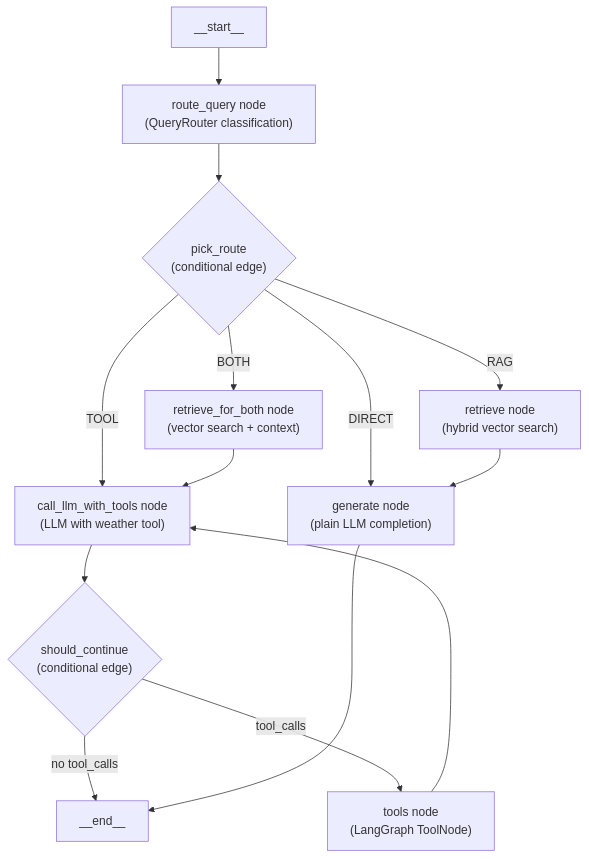
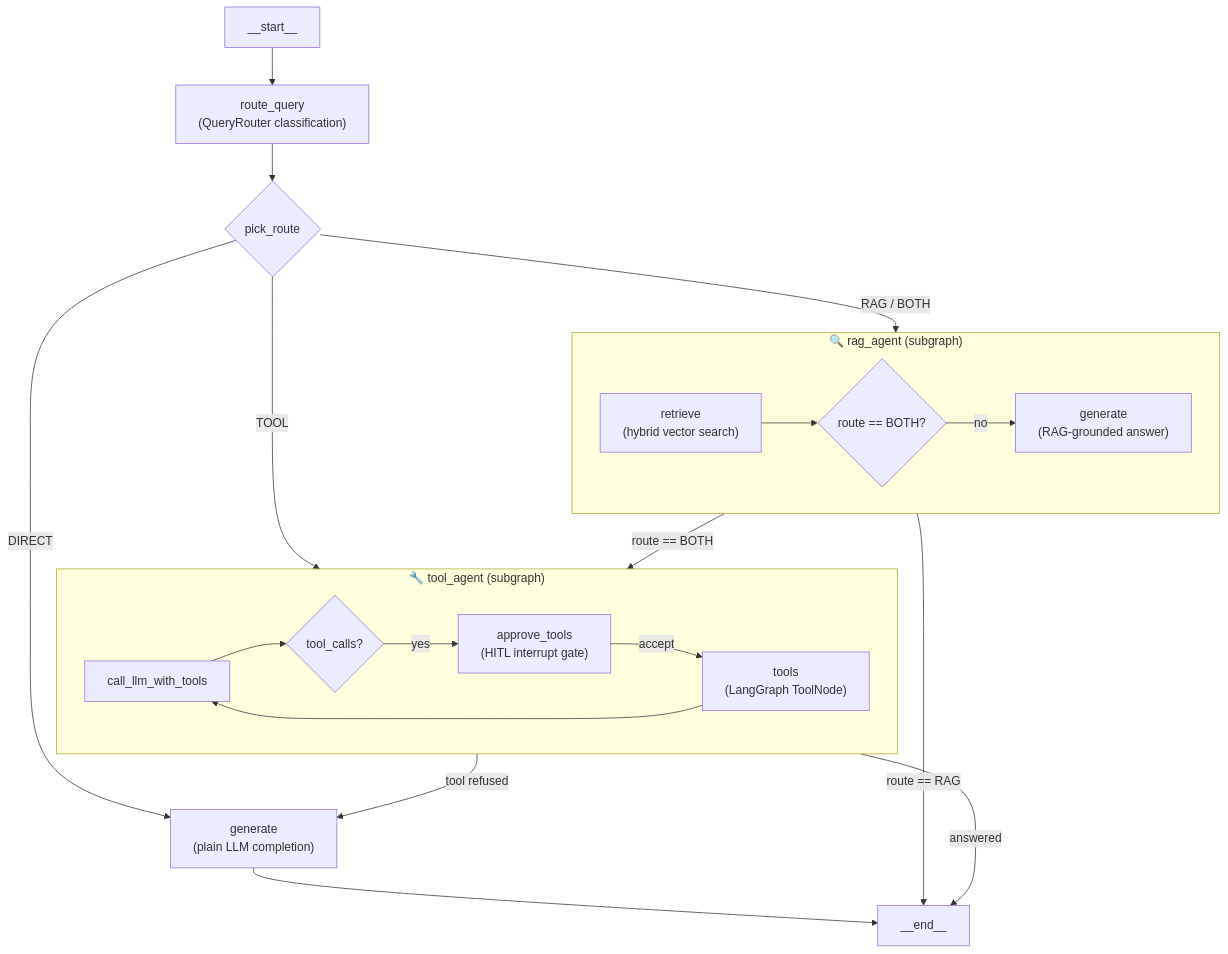
One commit to Harish1404/LangGraph-AI-Backend changed the diagram in readme.md. Above: the diagram before and after it, drawn with Mermaid. The commit also changed other lines of this file and 26 other files, not shown here.

````diff
--- a/readme.md
+++ b/readme.md
@@ -28,21 +45,28 @@
 ```mermaid
 graph TD
-    START["__start__"] --> route_query["route_query node<br/>(QueryRouter classification)"]
-    
-    route_query --> pick_route{"pick_route<br/>(conditional edge)"}
-    
-    pick_route -->|"RAG"| retrieve["retrieve node<br/>(hybrid vector search)"]
-    pick_route -->|"TOOL"| call_llm_with_tools["call_llm_with_tools node<br/>(LLM with weather tool)"]
-    pick_route -->|"BOTH"| retrieve_for_both["retrieve_for_both node<br/>(vector search + context)"]
-    pick_route -->|"DIRECT"| generate["generate node<br/>(plain LLM completion)"]
+    START["__start__"] --> route_query["route_query<br/>(QueryRouter classification)"]
 
-    retrieve --> generate
-    retrieve_for_both --> call_llm_with_tools
+    route_query --> pick_route{"pick_route"}
 
-    call_llm_with_tools --> should_continue{"should_continue<br/>(conditional edge)"}
-    should_continue -->|"tool_calls"| tools["tools node<br/>(LangGraph ToolNode)"]
-    should_continue -->|"no tool_calls"| END["__end__"]
-    
-    tools --> call_llm_with_tools
+    pick_route -->|"RAG / BOTH"| rag_agent
+    pick_route -->|"TOOL"| tool_agent
+    pick_route -->|"DIRECT"| generate["generate<br/>(plain LLM completion)"]
+
+    subgraph rag_agent["🔍 rag_agent (subgraph)"]
+        rag_retrieve["retrieve<br/>(hybrid vector search)"] --> rag_answer{"route == BOTH?"}
+        rag_answer -->|"no"| rag_generate["generate<br/>(RAG-grounded answer)"]
+    end
+
+    subgraph tool_agent["🔧 tool_agent (subgraph)"]
+        call_llm["call_llm_with_tools"] --> should_continue{"tool_calls?"}
+        should_continue -->|"yes"| approve["approve_tools<br/>(HITL interrupt gate)"]
+        approve -->|"accept"| tools["tools<br/>(LangGraph ToolNode)"]
+        tools --> call_llm
+    end
+
+    rag_agent -->|"route == BOTH"| tool_agent
+    rag_agent -->|"route == RAG"| END["__end__"]
+    tool_agent -->|"tool refused"| generate
+    tool_agent -->|"answered"| END
     generate --> END
 ```
````
